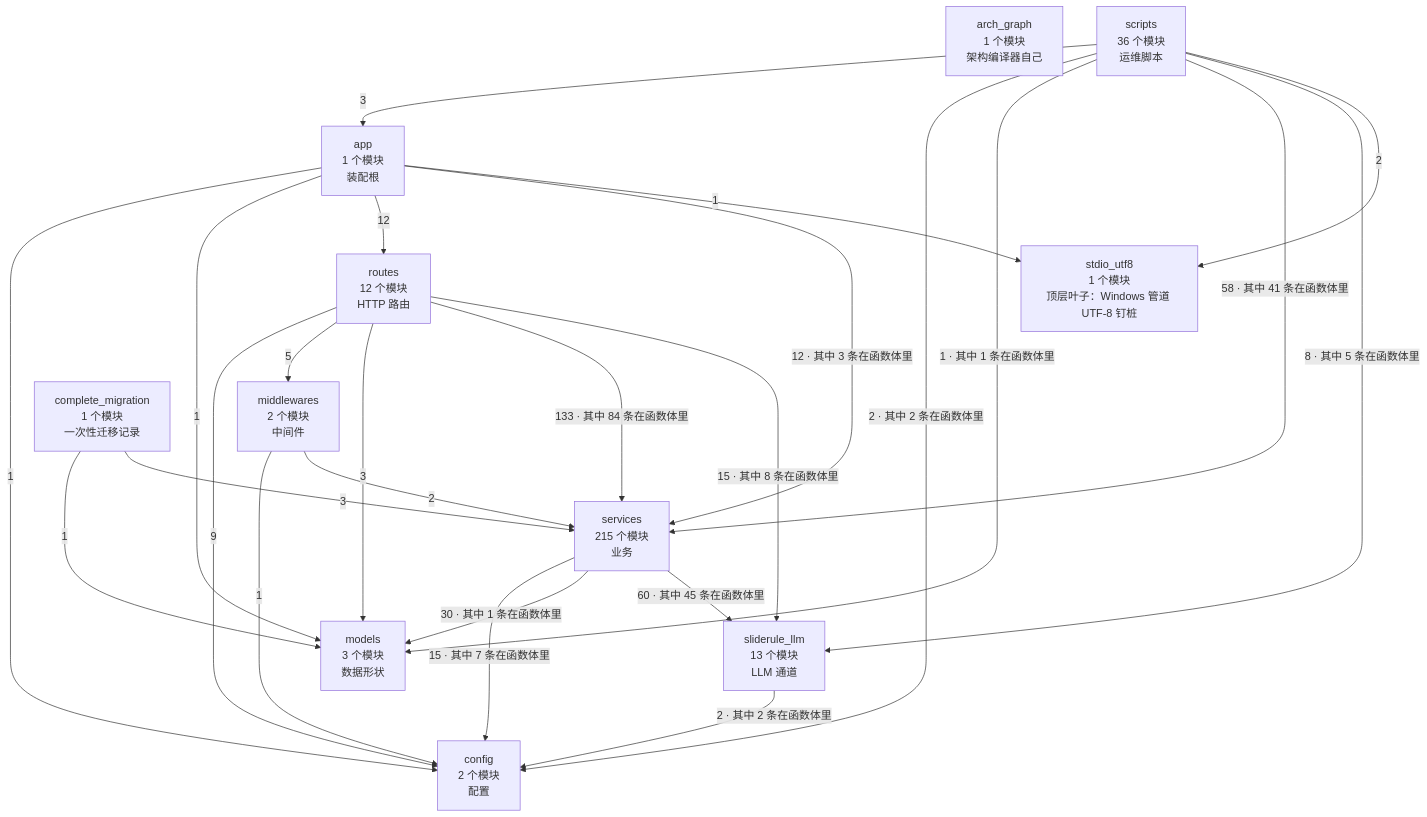
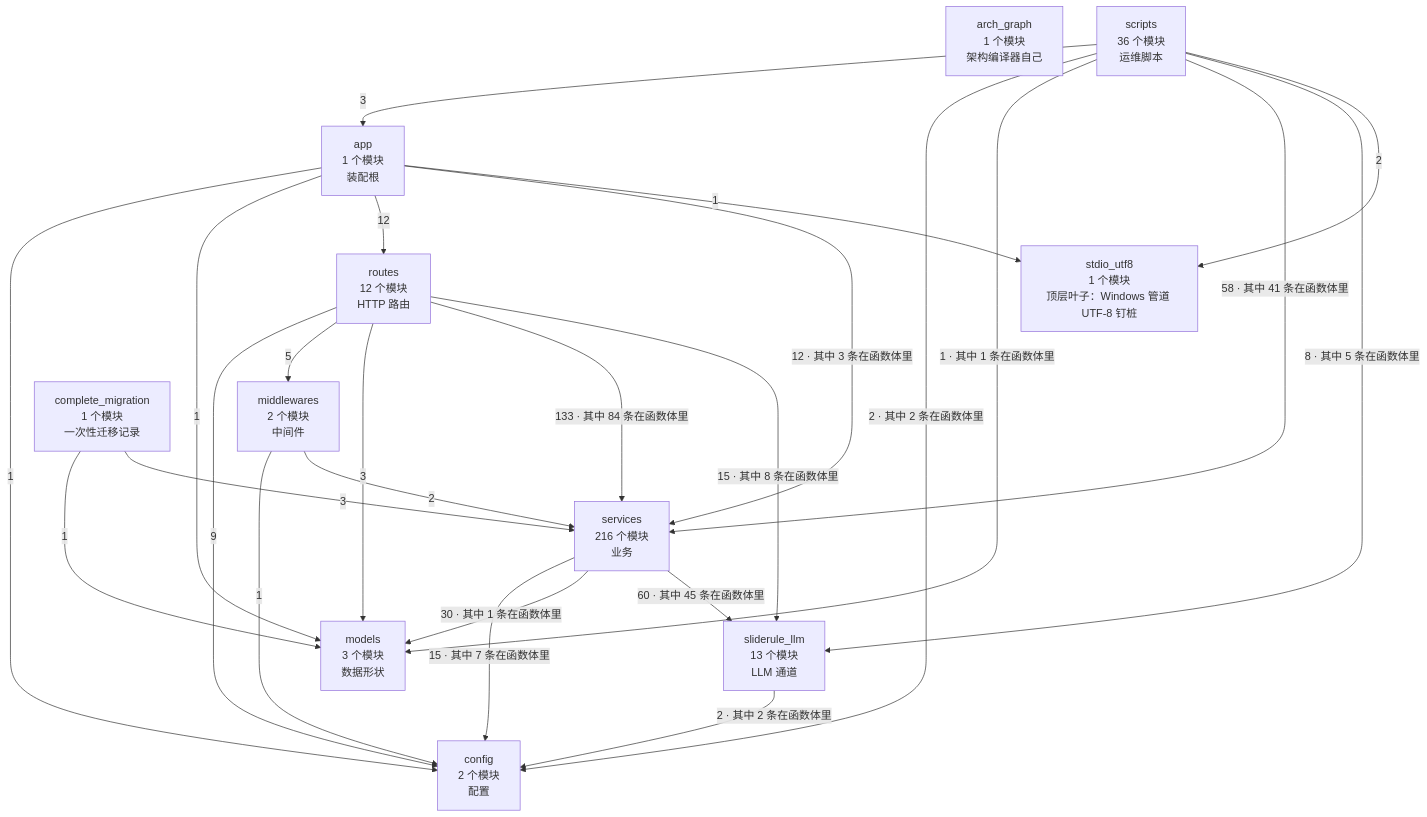
One commit to 2686521696/WhyBuddy changed the second of 4 diagrams in docs/SlideRule V6.2 架构图（自动生成）.md. Above: the diagram before and after it, drawn with Mermaid. The commit also changed other lines of this file and 7 other files, not shown here.

````diff
--- a/docs/SlideRule V6.2 架构图（自动生成）.md
+++ b/docs/SlideRule V6.2 架构图（自动生成）.md
@@ -60,38 +60,38 @@
 ```mermaid
 flowchart TB
   arch_graph["arch_graph<br/>1 个模块<br/>架构编译器自己"]
   config["config<br/>2 个模块<br/>配置"]
   models["models<br/>3 个模块<br/>数据形状"]
   stdio_utf8["stdio_utf8<br/>1 个模块<br/>顶层叶子：Windows 管道 UTF-8 钉桩"]
   sliderule_llm["sliderule_llm<br/>13 个模块<br/>LLM 通道"]
   middlewares["middlewares<br/>2 个模块<br/>中间件"]
-  services["services<br/>215 个模块<br/>业务"]
+  services["services<br/>216 个模块<br/>业务"]
   routes["routes<br/>12 个模块<br/>HTTP 路由"]
   app["app<br/>1 个模块<br/>装配根"]
   complete_migration["complete_migration<br/>1 个模块<br/>一次性迁移记录"]
   scripts["scripts<br/>36 个模块<br/>运维脚本"]
   app -->|1| config
   app -->|1| models
   app -->|12| routes
   app -->|12 · 其中 3 条在函数体里| services
   app -->|1| stdio_utf8
   complete_migration -->|1| models
   complete_migration -->|3| services
   middlewares -->|1| config
   middlewares -->|2| services
   routes -->|9| config
   routes -->|5| middlewares
   routes -->|3| models
   routes -->|133 · 其中 84 条在函数体里| services
   routes -->|15 · 其中 8 条在函数体里| sliderule_llm
   scripts -->|3| app
   scripts -->|2 · 其中 2 条在函数体里| config
   scripts -->|1 · 其中 1 条在函数体里| models
   scripts -->|58 · 其中 41 条在函数体里| services
   scripts -->|8 · 其中 5 条在函数体里| sliderule_llm
   scripts -->|2| stdio_utf8
   services -->|15 · 其中 7 条在函数体里| config
   services -->|30 · 其中 1 条在函数体里| models
   services -->|60 · 其中 45 条在函数体里| sliderule_llm
   sliderule_llm -->|2 · 其中 2 条在函数体里| config
 ```
````
